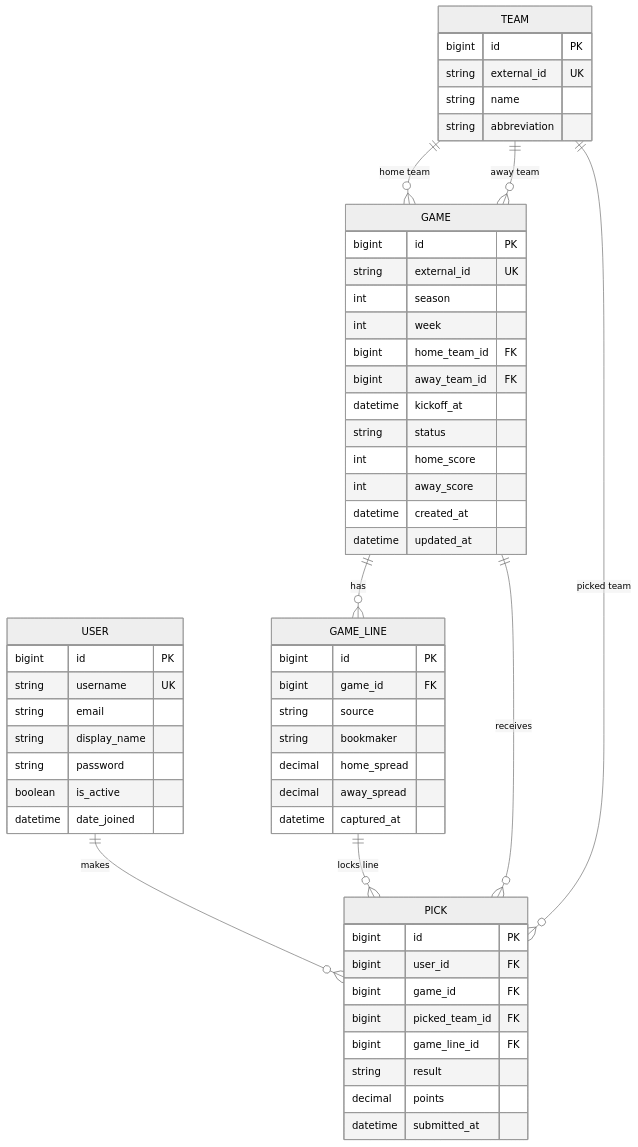
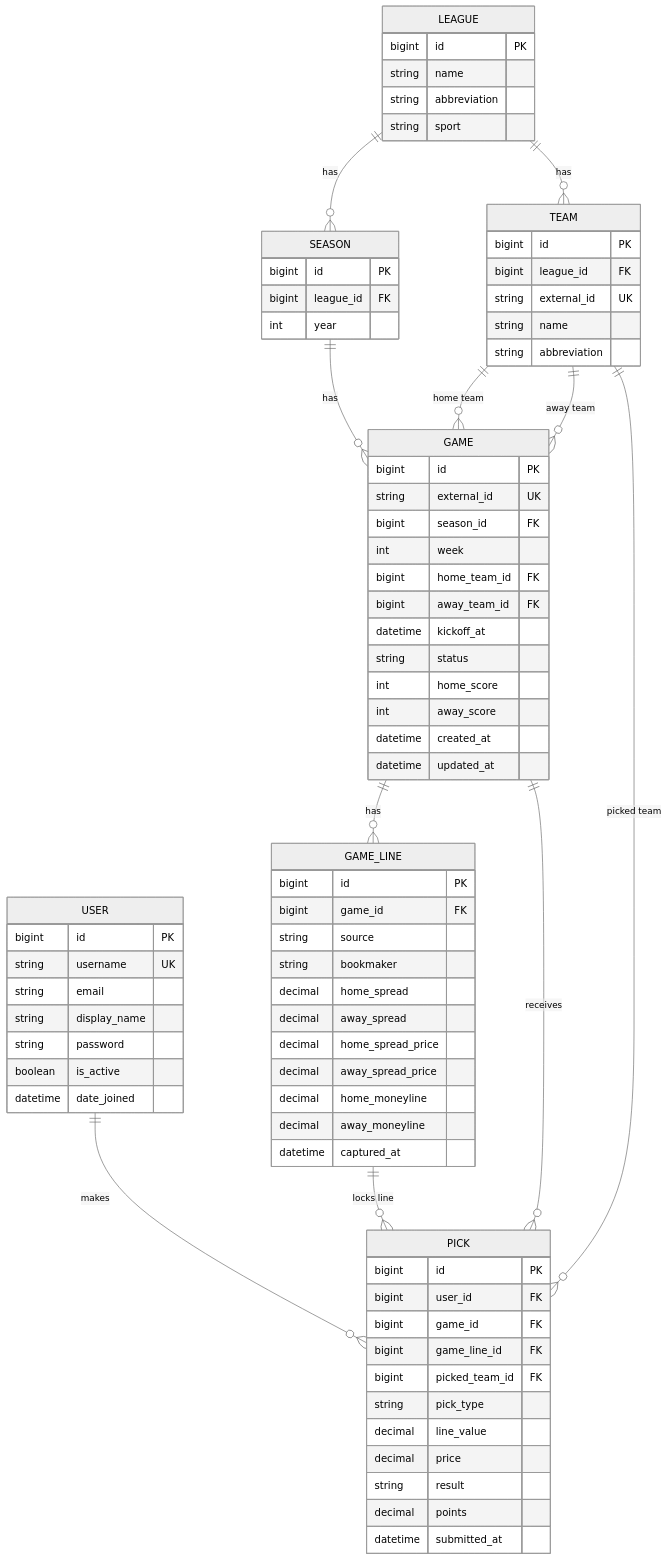
One commit to jermzblake/sick-picks changed the diagram in docs/er_diagram_mvp.mmd. Above: the diagram before and after it, drawn with Mermaid (neutral theme).

Commit message:
feat: enhance ER diagram with new entities and relationships for LEAGUE, SEASON, and GAME, and add additional fields to PICK

```diff
--- a/docs/er_diagram_mvp.mmd
+++ b/docs/er_diagram_mvp.mmd
@@ -1,61 +1,85 @@
 erDiagram
+    LEAGUE ||--o{ SEASON : has
+    LEAGUE ||--o{ TEAM : has
+    SEASON ||--o{ GAME : has
     USER ||--o{ PICK : makes
     TEAM ||--o{ GAME : "home team"
     TEAM ||--o{ GAME : "away team"
     GAME ||--o{ GAME_LINE : has
     GAME ||--o{ PICK : receives
     TEAM ||--o{ PICK : "picked team"
     GAME_LINE ||--o{ PICK : "locks line"
+
+    LEAGUE {
+        bigint id PK
+        string name
+        string abbreviation
+        string sport
+    }
+
+    SEASON {
+        bigint id PK
+        bigint league_id FK
+        int year
+    }
 
     USER {
         bigint id PK
         string username UK
         string email
         string display_name
         string password
         boolean is_active
         datetime date_joined
     }
 
     TEAM {
         bigint id PK
+        bigint league_id FK
         string external_id UK
         string name
         string abbreviation
     }
 
     GAME {
         bigint id PK
         string external_id UK
-        int season
+        bigint season_id FK
         int week
         bigint home_team_id FK
         bigint away_team_id FK
         datetime kickoff_at
         string status
         int home_score
         int away_score
         datetime created_at
         datetime updated_at
     }
 
     GAME_LINE {
         bigint id PK
         bigint game_id FK
         string source
         string bookmaker
         decimal home_spread
         decimal away_spread
+        decimal home_spread_price
+        decimal away_spread_price
+        decimal home_moneyline
+        decimal away_moneyline
         datetime captured_at
     }
 
     PICK {
         bigint id PK
         bigint user_id FK
         bigint game_id FK
+        bigint game_line_id FK
         bigint picked_team_id FK
-        bigint game_line_id FK
+        string pick_type
+        decimal line_value
+        decimal price
         string result
         decimal points
         datetime submitted_at
     }
```
